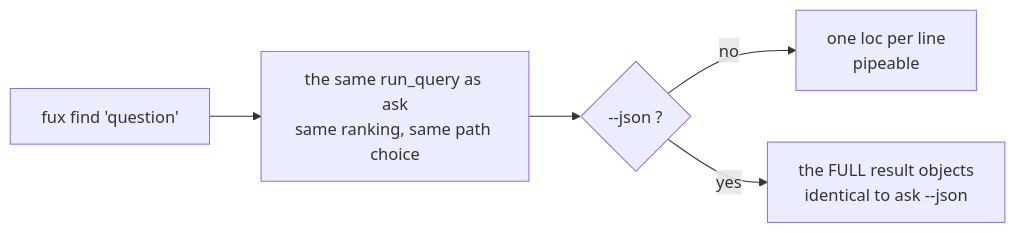
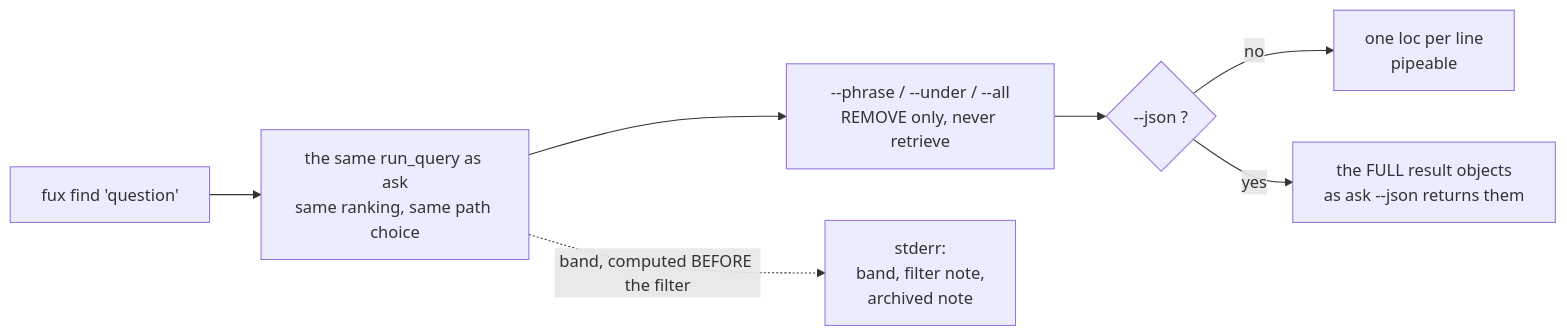
One commit to arpitarya/fux changed the diagram in docs/adr/0005_find.md. Above: the diagram before and after it, drawn with Mermaid. The commit also changed other lines of this file and 16 other files, not shown here.

````diff
--- a/docs/adr/0005_find.md
+++ b/docs/adr/0005_find.md
@@ -36,7 +41,9 @@
 ```mermaid
 flowchart LR
     Q["fux find 'question'"] --> R["the same run_query as ask<br/>same ranking, same path choice"]
-    R --> M{"--json ?"}
+    R --> F["--phrase / --under / --all<br/>REMOVE only, never retrieve"]
+    F --> M{"--json ?"}
     M -->|no| T["one loc per line<br/>pipeable"]
-    M -->|yes| J["the FULL result objects<br/>identical to ask --json"]
+    M -->|yes| J["the FULL result objects<br/>as ask --json returns them"]
+    R -.->|band, computed BEFORE the filter| E["stderr:<br/>band, filter note,<br/>archived note"]
 ```
````
